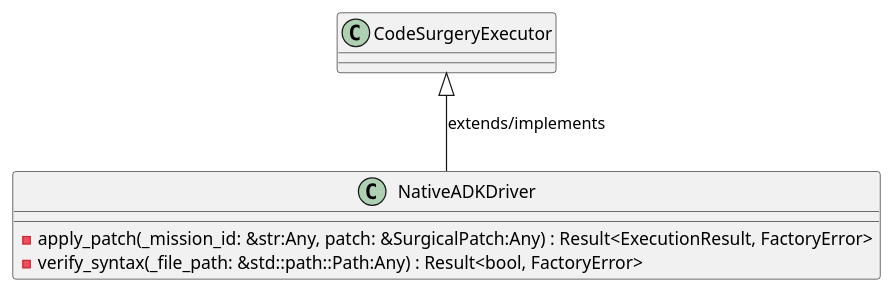
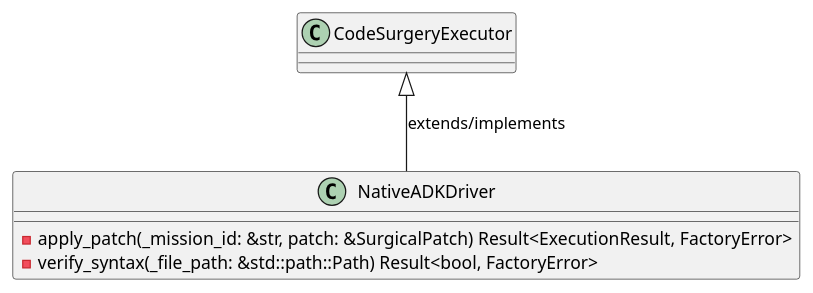
The first of 6 diagrams in openwiki/crates_factory_application_src_bridge_adk_driver.md (lgcorzo/rust_CACD_autonomous_factory), drawn with PlantUML before and after one commit. The commit also changed other lines of this file and 97 other files, not shown here.

First line of the commit message:
Fix Rust AST parsing for method and function parameters, and update OKF UML frontmatter

````diff
--- a/openwiki/crates_factory_application_src_bridge_adk_driver.md
+++ b/openwiki/crates_factory_application_src_bridge_adk_driver.md
@@ -69,10 +74,10 @@
 ```plantuml
 @startuml
 class NativeADKDriver {
-    -apply_patch(_mission_id: &str:Any, patch: &SurgicalPatch:Any) : Result<ExecutionResult, FactoryError>
-    -verify_syntax(_file_path: &std::path::Path:Any) : Result<bool, FactoryError>
+    -apply_patch(_mission_id: &str, patch: &SurgicalPatch) Result<ExecutionResult, FactoryError>
+    -verify_syntax(_file_path: &std::path::Path) Result<bool, FactoryError>
 }
 CodeSurgeryExecutor <|-- NativeADKDriver : extends/implements
 @enduml
 
 ```
````
